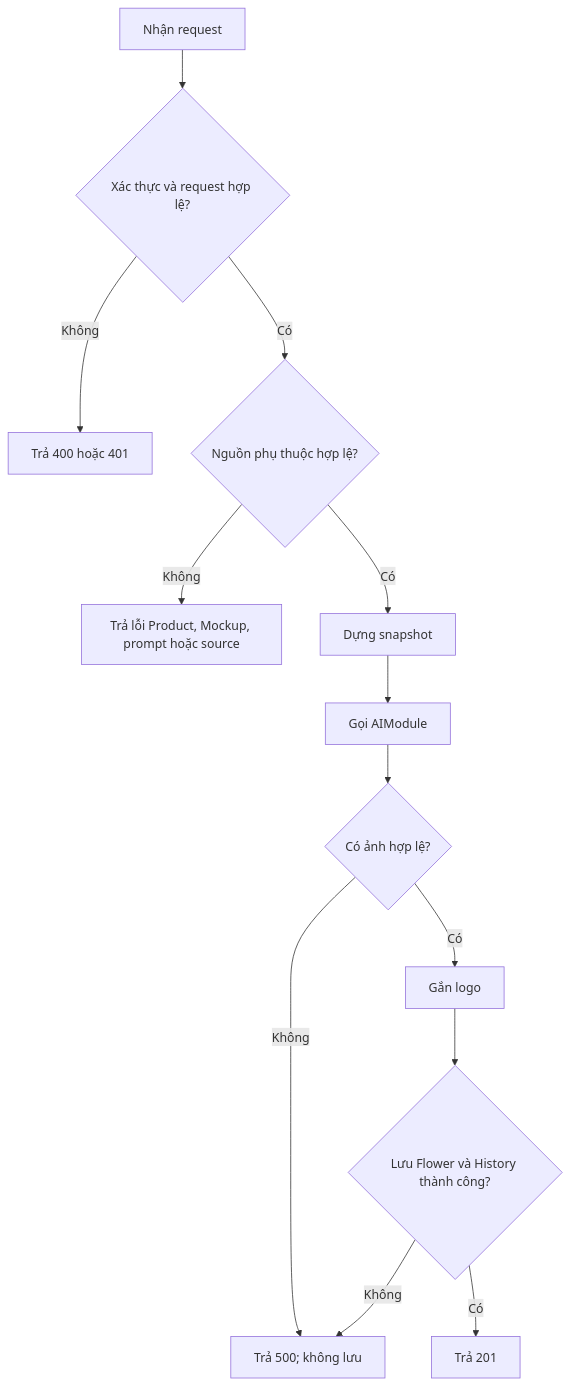
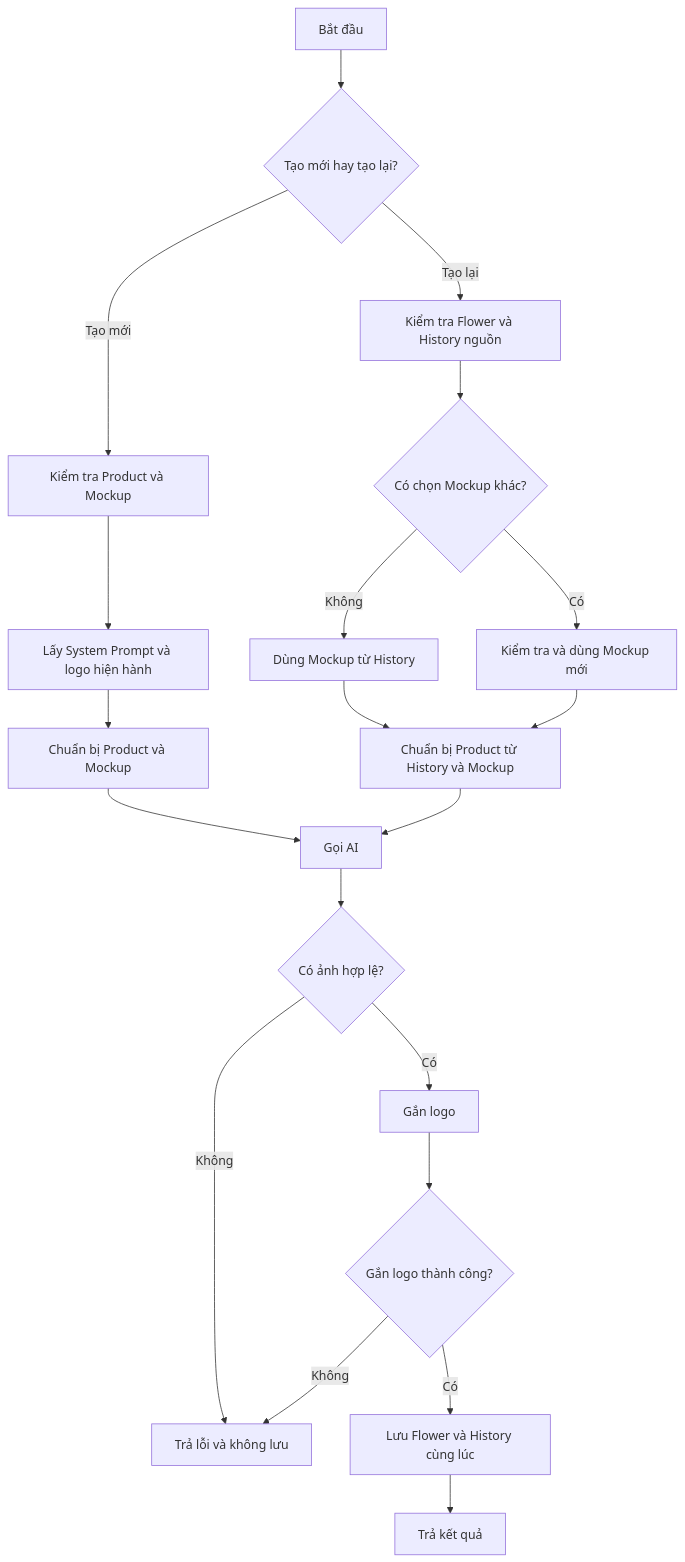
Before and after one commit to TaskCoper/hoatheomua-be: the third of 5 diagrams in HoaTheoMua.Repository/docs/tdd/TDD-016/TDD-016-tao-yeu-cau-va-mau-hoa-ai.md, drawn with Mermaid. The commit also changed other lines of this file and 214 other files, not shown here.

````diff
--- a/HoaTheoMua.Repository/docs/tdd/TDD-016/TDD-016-tao-yeu-cau-va-mau-hoa-ai.md
+++ b/HoaTheoMua.Repository/docs/tdd/TDD-016/TDD-016-tao-yeu-cau-va-mau-hoa-ai.md
@@ -142,15 +145,22 @@
 ```mermaid
 flowchart TD
-    A[Nhận request] --> B{Xác thực và request hợp lệ?}
-    B -->|Không| E1[Trả 400 hoặc 401]
-    B -->|Có| C{Nguồn phụ thuộc hợp lệ?}
-    C -->|Không| E2[Trả lỗi Product, Mockup, prompt hoặc source]
-    C -->|Có| D[Dựng snapshot]
-    D --> E[Gọi AIModule]
-    E --> F{Có ảnh hợp lệ?}
-    F -->|Không| E3[Trả 500; không lưu]
-    F -->|Có| G[Gắn logo]
-    G --> H{Lưu Flower và History thành công?}
-    H -->|Không| E3
-    H -->|Có| I[Trả 201]
+    A[Bắt đầu] --> B{Tạo mới hay tạo lại?}
+    B -->|Tạo mới| C[Kiểm tra Product và Mockup]
+    C --> D[Lấy System Prompt và logo hiện hành]
+    D --> E[Chuẩn bị Product và Mockup]
+    B -->|Tạo lại| F[Kiểm tra Flower và History nguồn]
+    F --> G{Có chọn Mockup khác?}
+    G -->|Không| H[Dùng Mockup từ History]
+    G -->|Có| I[Kiểm tra và dùng Mockup mới]
+    H --> J[Chuẩn bị Product từ History và Mockup]
+    I --> J
+    E --> K[Gọi AI]
+    J --> K
+    K --> L{Có ảnh hợp lệ?}
+    L -->|Không| M[Trả lỗi và không lưu]
+    L -->|Có| N[Gắn logo]
+    N --> O{Gắn logo thành công?}
+    O -->|Không| M
+    O -->|Có| P[Lưu Flower và History cùng lúc]
+    P --> Q[Trả kết quả]
 ```
````
